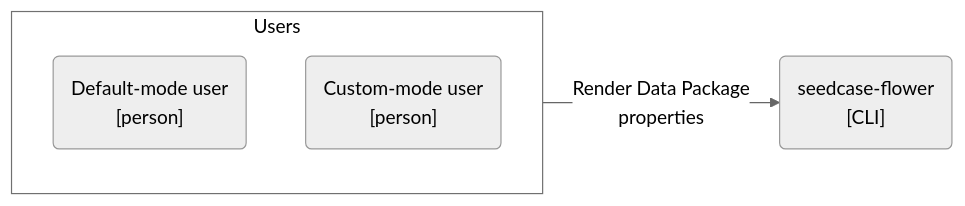
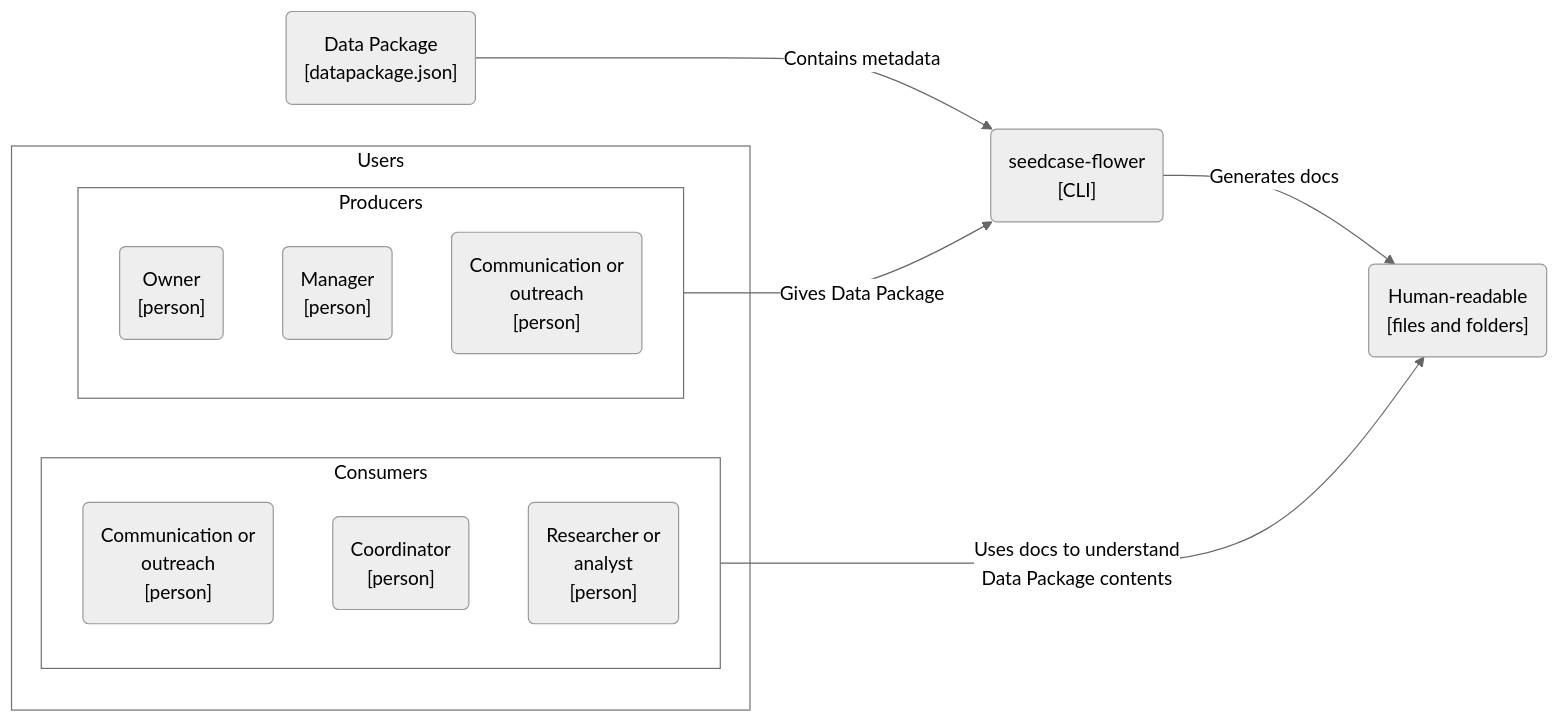
The first of 3 diagrams in docs/design/architecture.qmd (seedcase-project/seedcase-flower), drawn with Mermaid (neutral theme) before and after one commit.

Commit message:
docs: :memo: update context C4 diagram

````diff
--- a/docs/design/architecture.qmd
+++ b/docs/design/architecture.qmd
@@ -145,17 +145,37 @@
 ```{mermaid}
 %%| label: fig-c4-context
 %%| fig-cap: "C4 system context diagram showing the anticipated users and external systems Flower interacts with."
 flowchart LR
 
-    subgraph "Users"
-        user_default("Default-mode user<br>[person]")
-        user_custom("Custom-mode user<br>[person]")
+    subgraph Users
+        Producers["Producer users"]
+        Consumers["Consumer users"]
     end
 
+    subgraph Producers
+        user_owner("Owner<br>[person]")
+        user_manager("Manager<br>[person]")
+        user_communicator1("Communication or<br>outreach<br>[person]")
+    end
+
+    subgraph Consumers
+        user_communicator2("Communication or<br>outreach<br>[person]")
+        user_coordinator("Coordinator<br>[person]")
+        user_researcher("Researcher or<br>analyst<br>[person]")
+    end
+
+    datapackage("Data Package<br>[datapackage.json]")
     flower("seedcase-flower<br>[CLI]")
 
-    Users --"Render Data Package<br>properties"--> flower
+    output("Human-readable<br>[files and folders]")
+
+    datapackage --"Contains metadata"--> flower
+    Producers --"Gives Data Package"--> flower
+    flower --"Generates docs"--> output
+    Consumers --"Uses docs to understand<br>Data Package contents"--> output
 
     %% Styling
+    style Producers fill:#FFFFFF, color:#000000
+    style Consumers fill:#FFFFFF, color:#000000
     style Users fill:#FFFFFF, color:#000000
 ```
````
